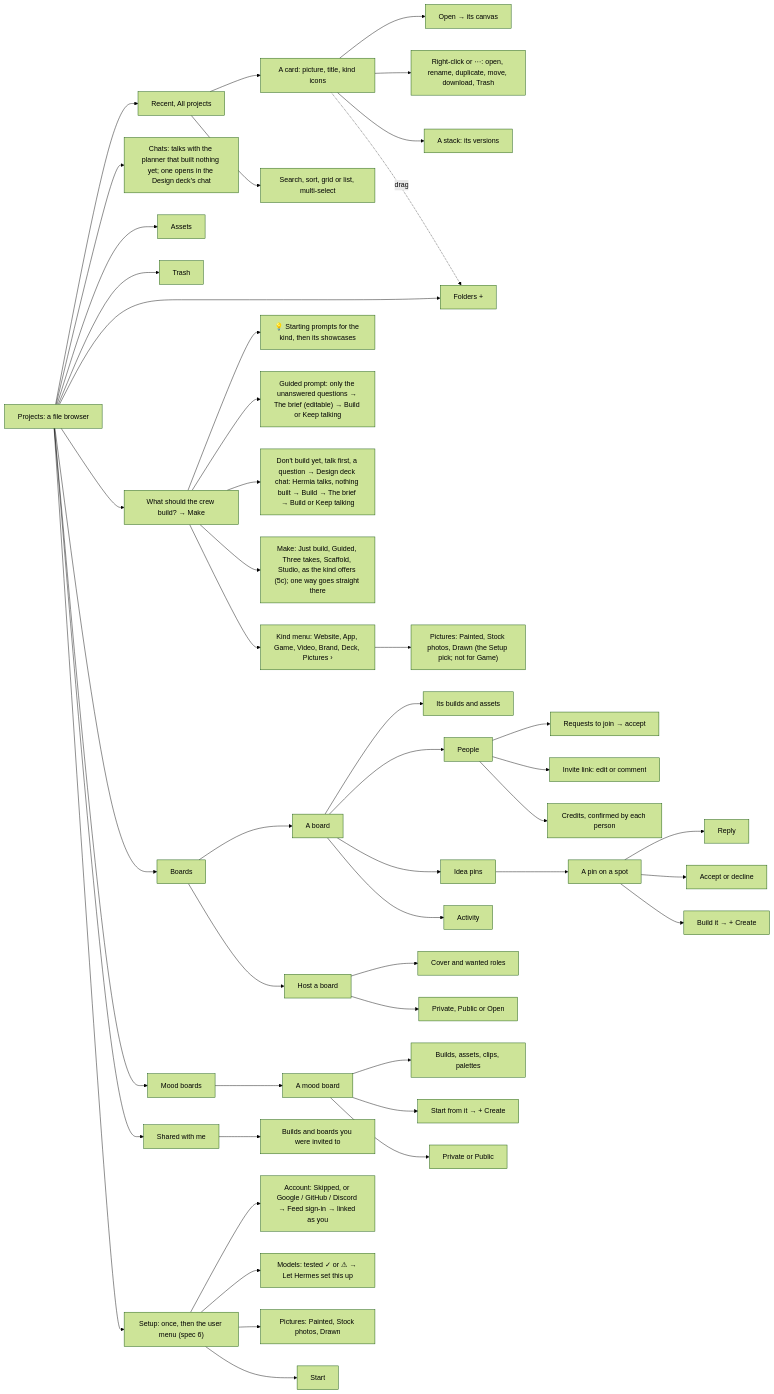
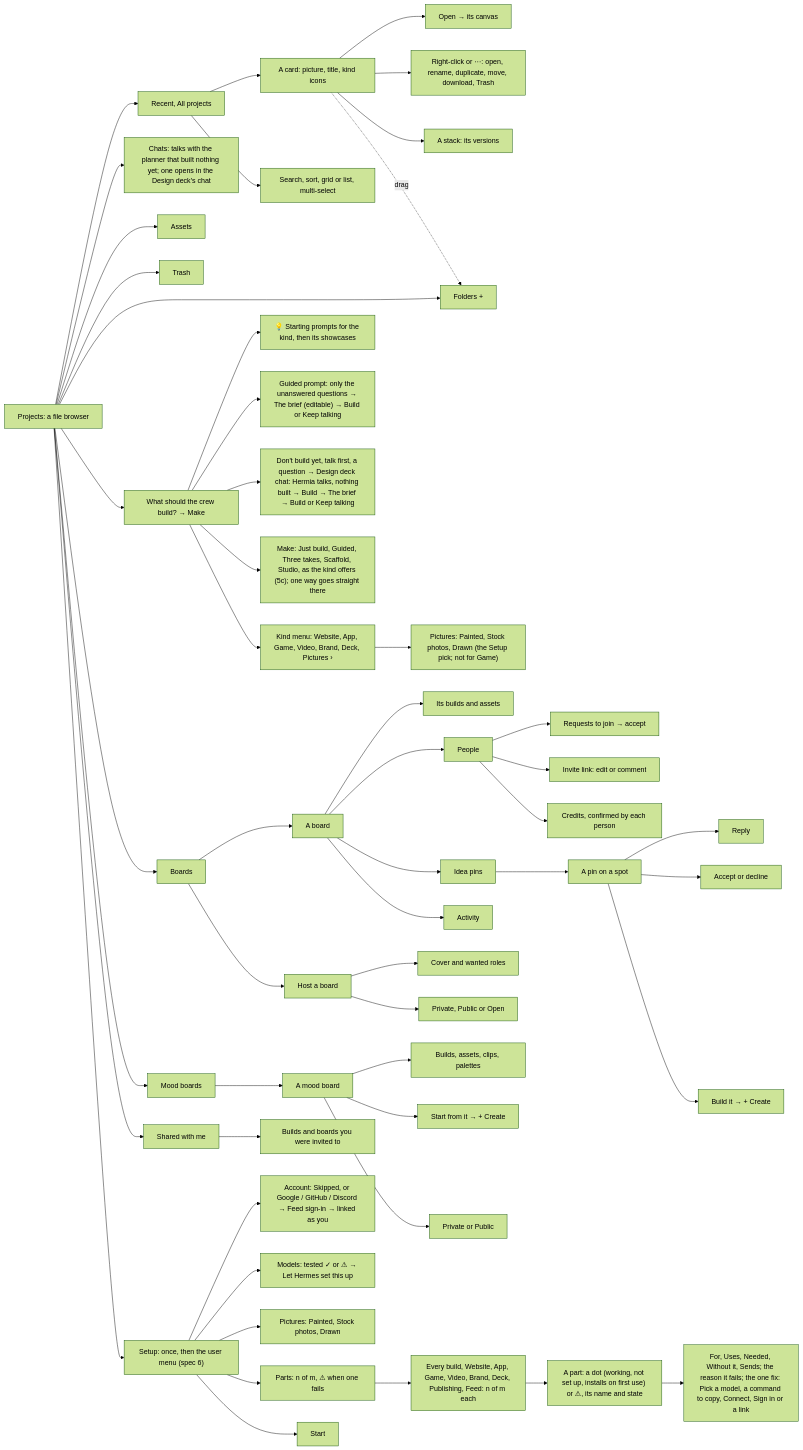
The eighth of 27 diagrams in docs/ux/SITEMAP.md (Pukujan/swarm-studio), drawn with Mermaid (forest theme) before and after one commit. The commit also changed other lines of this file and 13 other files, not shown here.

First line of the commit message:
Setup › Parts: what each part needs, by what you make; Settings explains Lite mode

````diff
--- a/docs/ux/SITEMAP.md
+++ b/docs/ux/SITEMAP.md
@@ -229,49 +229,53 @@
 ```mermaid
 flowchart LR
   PROJ[Projects: a file browser] --> MB["Recent, All projects"]
   PROJ --> CH["Chats: talks with the planner that built nothing yet; one opens in the Design deck's chat"]
   PROJ --> AS[Assets]
   PROJ --> TR[Trash]
   PROJ --> FO["Folders +"]
   PROJ --> ASK["What should the crew build? → Make"]
   ASK --> SC["💡 Starting prompts for the kind, then its showcases"]
   ASK --> GR["Guided prompt: only the unanswered questions → The brief (editable) → Build or Keep talking"]
   ASK --> TK["Don't build yet, talk first, a question → Design deck chat: Hermia talks, nothing built → Build → The brief → Build or Keep talking"]
   ASK --> TU["Make: Just build, Guided, Three takes, Scaffold, Studio, as the kind offers (5c); one way goes straight there"]
   ASK --> KM["Kind menu: Website, App, Game, Video, Brand, Deck, Pictures ›"]
   KM --> KMP["Pictures: Painted, Stock photos, Drawn (the Setup pick; not for Game)"]
   PROJ --> BD[Boards]
   PROJ --> MO[Mood boards]
   PROJ --> SW[Shared with me]
   PROJ --> SU["Setup: once, then the user menu (spec 6)"]
   SU --> SU0["Account: Skipped, or Google / GitHub / Discord → Feed sign-in → linked as you"]
   SU --> SU1["Models: tested ✓ or ⚠ → Let Hermes set this up"]
   SU --> SU2["Pictures: Painted, Stock photos, Drawn"]
+  SU --> SU4["Parts: n of m, ⚠ when one fails"]
+  SU4 --> SU5["Every build, Website, App, Game, Video, Brand, Deck, Publishing, Feed: n of m each"]
+  SU5 --> SU6["A part: a dot (working, not set up, installs on first use) or ⚠, its name and state"]
+  SU6 --> SU7["For, Uses, Needed, Without it, Sends; the reason it fails; the one fix: Pick a model, a command to copy, Connect, Sign in or a link"]
   SU --> SU3[Start]
   MB --> ST["A card: picture, title, kind icons"]
   MB --> MS["Search, sort, grid or list, multi-select"]
   ST --> ORB["Open → its canvas"]
   ST --> RM["Right-click or ⋯: open, rename, duplicate, move, download, Trash"]
   ST --> VS["A stack: its versions"]
   ST -.->|drag| FO
   BD --> BO[A board]
   BD --> BN[Host a board]
   BN --> BN1["Cover and wanted roles"]
   BN --> BN2["Private, Public or Open"]
   BO --> BW["Its builds and assets"]
   BO --> BP[People]
   BO --> BI[Idea pins]
   BO --> BA[Activity]
   BP --> BP1["Requests to join → accept"]
   BP --> BP2["Invite link: edit or comment"]
   BP --> BP3["Credits, confirmed by each person"]
   BI --> PIN[A pin on a spot]
   PIN --> PIN1[Reply]
   PIN --> PIN2[Accept or decline]
   PIN --> PIN3["Build it → + Create"]
   MO --> MOB[A mood board]
   MOB --> MOI["Builds, assets, clips, palettes"]
   MOB --> MOS["Start from it → + Create"]
   MOB --> MOV["Private or Public"]
   SW --> SWB["Builds and boards you were invited to"]
 ```
````
